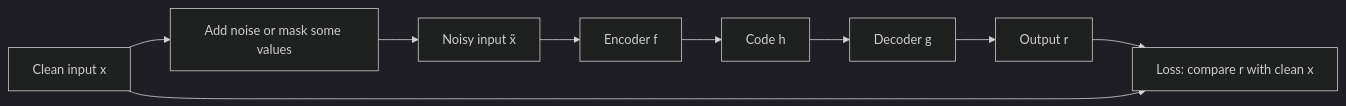
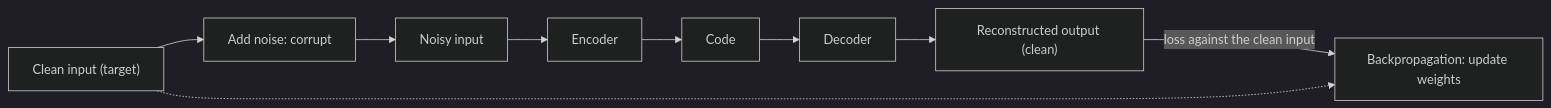
One commit to TrendySloth1001/sem-seven-notes changed the third of 4 diagrams in content/deep-learning/notes/autoencoders.mdx. Above: the diagram before and after it, drawn with Mermaid (dark theme). The commit also changed other lines of this file and 254 other files, not shown here.

Commit message:
Rewrite the backpropagation, gradient descent, regularization and autoencoder notes and their 29 answers from the teachers' class files. They use 185 teacher figures with class-notes citations only, and correct the AdaGrad, RMSProp, Nesterov and batch-norm numbers on the slides.

````diff
--- a/content/deep-learning/notes/autoencoders.mdx
+++ b/content/deep-learning/notes/autoencoders.mdx
@@ -265,12 +596,12 @@
 ```mermaid
-%% caption: How a denoising autoencoder is trained. Noise is added only to the input; the loss compares the output with the clean input.
+%% caption: The overall process of a denoising autoencoder from the teacher's diagram. The loss compares the output with the clean input, not with the noisy one.
 flowchart LR
-  X["Clean input x"] --> C["Add noise or mask some values"]
-  C --> XT["Noisy input x̃"]
-  XT --> E["Encoder f"]
-  E --> H["Code h"]
-  H --> D["Decoder g"]
-  D --> R["Output r"]
-  R --> L["Loss: compare r with clean x"]
-  X --> L
+  A["Clean input (target)"] --> B["Add noise: corrupt"]
+  B --> C["Noisy input"]
+  C --> D["Encoder"]
+  D --> E["Code"]
+  E --> F["Decoder"]
+  F --> G["Reconstructed output (clean)"]
+  G -->|"loss against the clean input"| H["Backpropagation: update weights"]
+  A -.-> H
 ```
````
